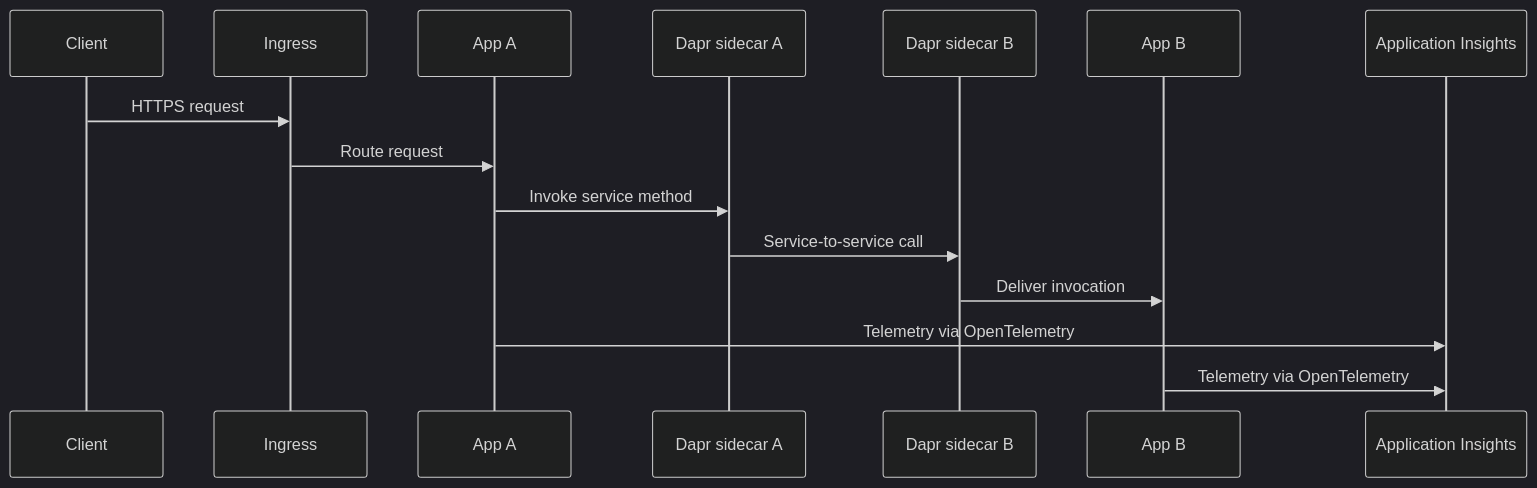
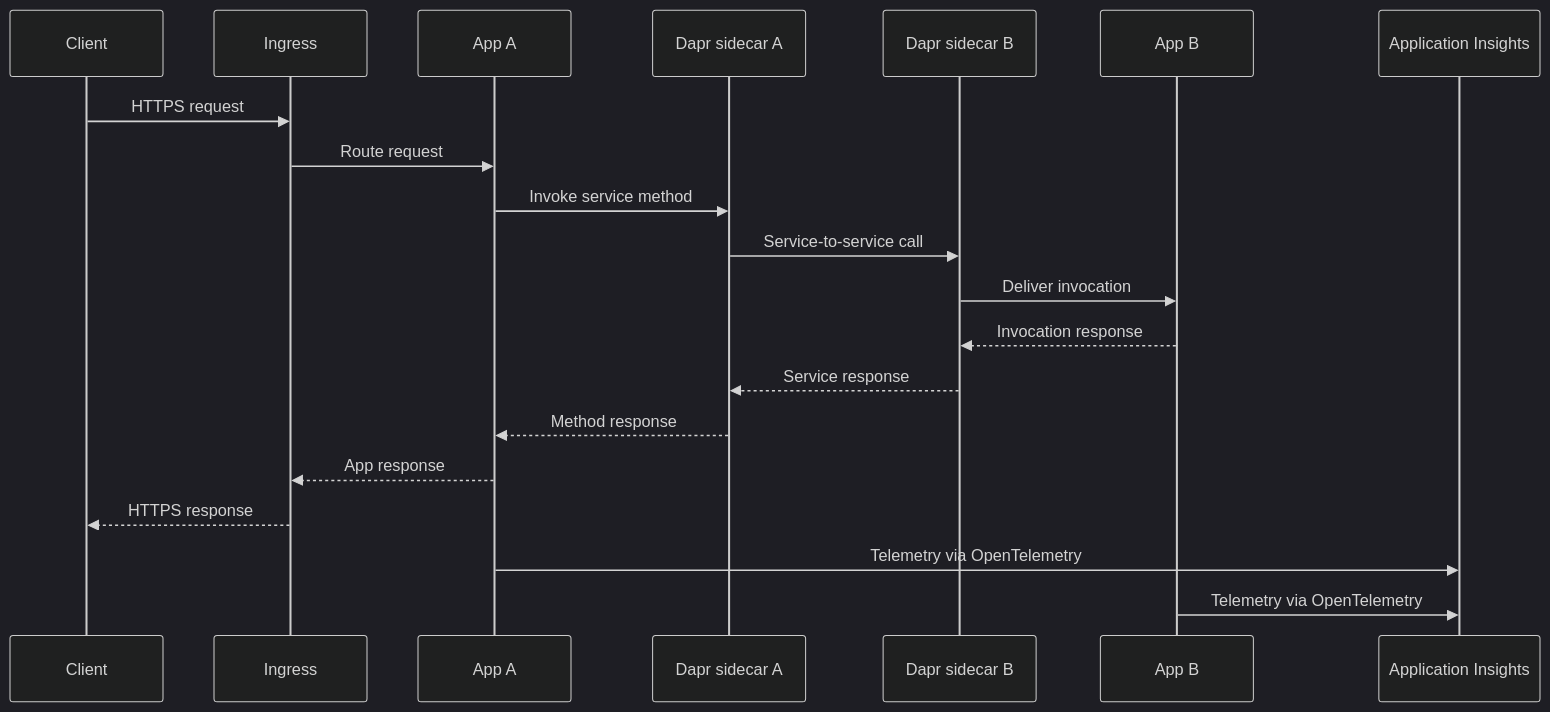
The third of 3 diagrams in docs/language-guides/python/tutorial/04-logging-monitoring.md (yeongseon/azure-container-apps-practical-guide), drawn with Mermaid (dark theme) before and after one commit. The commit also changed other lines of this file and 13 other files, not shown here.

Commit message:
docs(diagrams): migrate language tutorial diagrams (#632)

````diff
--- a/docs/language-guides/python/tutorial/04-logging-monitoring.md
+++ b/docs/language-guides/python/tutorial/04-logging-monitoring.md
@@ -97,18 +118,25 @@
 ```mermaid
 sequenceDiagram
+    accTitle: Distributed tracing across Dapr-enabled Python services
+    accDescr: A client request reaches App A through managed ingress. App A invokes App B through the two Dapr sidecars, the response returns along the same route, and both apps export telemetry to Application Insights.
     participant Client
     participant Ingress
     participant AppA as App A
     participant DaprA as Dapr sidecar A
     participant DaprB as Dapr sidecar B
     participant AppB as App B
     participant AppInsights as Application Insights
 
     Client->>Ingress: HTTPS request
     Ingress->>AppA: Route request
     AppA->>DaprA: Invoke service method
     DaprA->>DaprB: Service-to-service call
     DaprB->>AppB: Deliver invocation
+    AppB-->>DaprB: Invocation response
+    DaprB-->>DaprA: Service response
+    DaprA-->>AppA: Method response
+    AppA-->>Ingress: App response
+    Ingress-->>Client: HTTPS response
     AppA->>AppInsights: Telemetry via OpenTelemetry
     AppB->>AppInsights: Telemetry via OpenTelemetry
 ```
````
